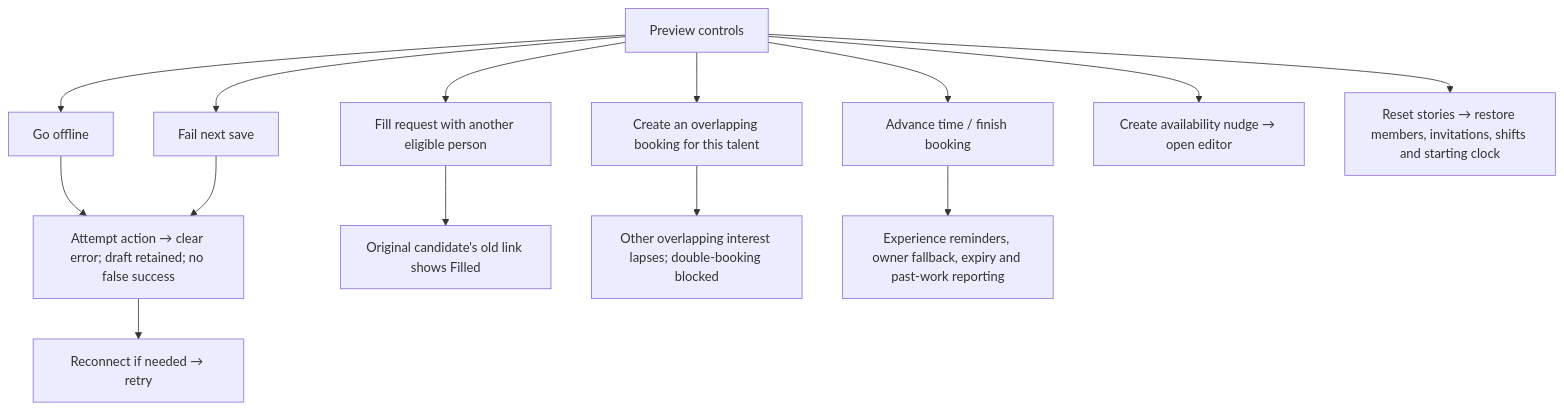
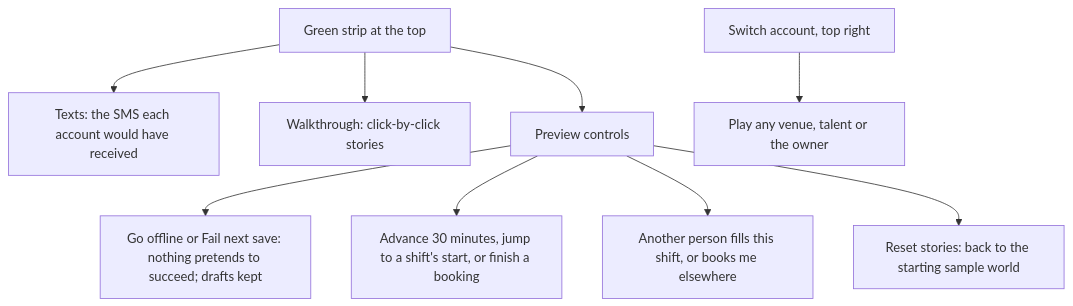
The tenth of 10 diagrams in docs/MVP-preview-flowcharts.md (Envo-Entity/dyuknow), drawn with Mermaid before and after one commit. The commit also changed other lines of this file and 54 other files, not shown here.

````diff
--- a/docs/MVP-preview-flowcharts.md
+++ b/docs/MVP-preview-flowcharts.md
@@ -209,16 +284,11 @@
 ```mermaid
 flowchart TD
-    P["Preview controls"] --> OFF["Go offline"]
-    P --> FAIL["Fail next save"]
-    OFF --> ERROR["Attempt action → clear error; draft retained; no false success"]
-    FAIL --> ERROR
-    ERROR --> RETRY["Reconnect if needed → retry"]
-    P --> COMP["Fill request with another eligible person"]
-    COMP --> FILLED["Original candidate's old link shows Filled"]
-    P --> OVER["Create an overlapping booking for this talent"]
-    OVER --> LAPSE["Other overlapping interest lapses; double-booking blocked"]
-    P --> TIME["Advance time / finish booking"]
-    TIME --> EVENTS["Experience reminders, owner fallback, expiry and past-work reporting"]
-    P --> NUDGE["Create availability nudge → open editor"]
-    P --> RESET["Reset stories → restore members, invitations, shifts and starting clock"]
+    P["Green strip at the top"] --> TX["Texts: the SMS each account would have received"]
+    P --> WT["Walkthrough: click-by-click stories"]
+    P --> PC["Preview controls"]
+    PC --> OFF["Go offline or Fail next save: nothing pretends to succeed; drafts kept"]
+    PC --> CLOCK["Advance 30 minutes, jump to a shift's start, or finish a booking"]
+    PC --> RIVAL["Another person fills this shift, or books me elsewhere"]
+    PC --> RESET["Reset stories: back to the starting sample world"]
+    SW["Switch account, top right"] --> ANY["Play any venue, talent or the owner"]
 ```
````
